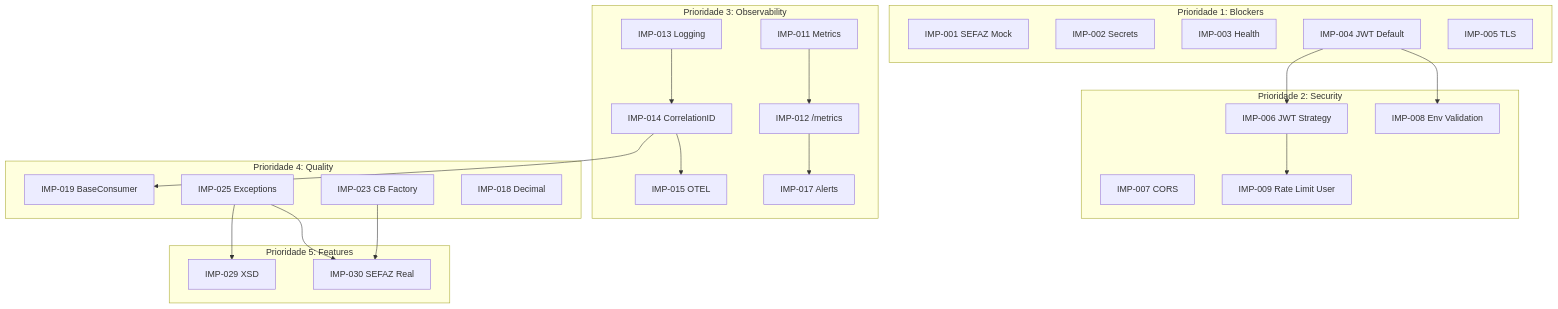
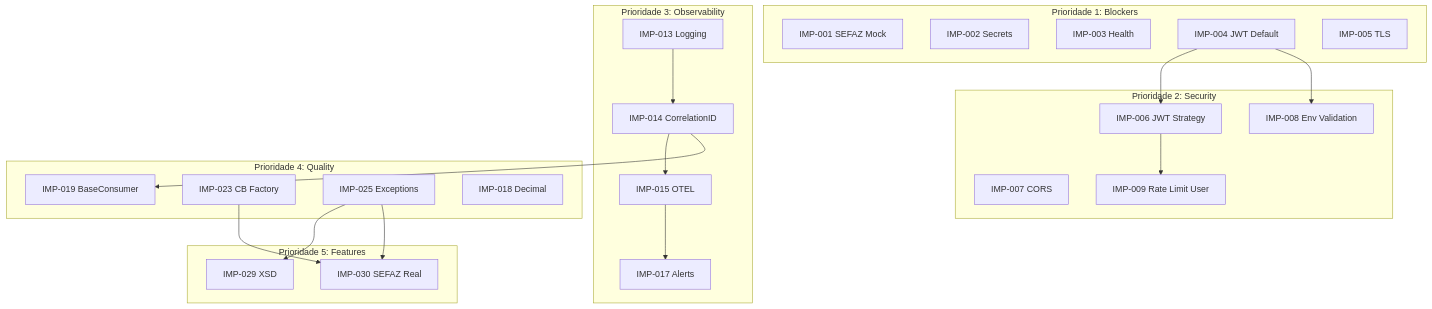
Before and after one commit to guilhermegradaschi/finance-consumer: the diagram in docs/08-improvement-backlog.md, drawn with Mermaid. The commit also changed other lines of this file and 68 other files, not shown here.

````diff
--- a/docs/08-improvement-backlog.md
+++ b/docs/08-improvement-backlog.md
@@ -442,50 +435,47 @@
 ```mermaid
 graph TD
     subgraph "Prioridade 1: Blockers"
         A[IMP-001 SEFAZ Mock]
         B[IMP-002 Secrets]
         C[IMP-003 Health]
         D[IMP-004 JWT Default]
         E[IMP-005 TLS]
     end
 
     subgraph "Prioridade 2: Security"
         F[IMP-006 JWT Strategy]
         G[IMP-007 CORS]
         H[IMP-008 Env Validation]
         I[IMP-009 Rate Limit User]
     end
 
     subgraph "Prioridade 3: Observability"
-        J[IMP-011 Metrics]
-        K[IMP-012 /metrics]
         L[IMP-013 Logging]
         M[IMP-014 CorrelationID]
         N[IMP-015 OTEL]
         O[IMP-017 Alerts]
     end
 
     subgraph "Prioridade 4: Quality"
         P[IMP-019 BaseConsumer]
         Q[IMP-023 CB Factory]
         R[IMP-025 Exceptions]
         S[IMP-018 Decimal]
     end
 
     subgraph "Prioridade 5: Features"
         T[IMP-029 XSD]
         U[IMP-030 SEFAZ Real]
     end
 
     D --> F
     D --> H
     F --> I
-    J --> K
-    K --> O
     L --> M
     M --> N
+    N --> O
     M --> P
     Q --> U
     R --> T
     R --> U
 ```
````
